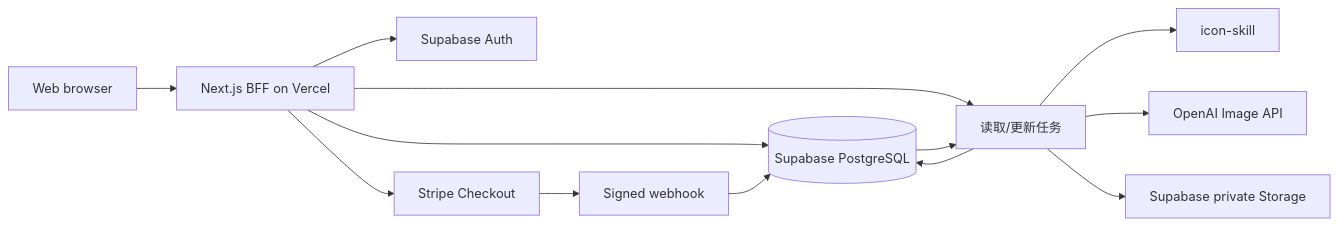
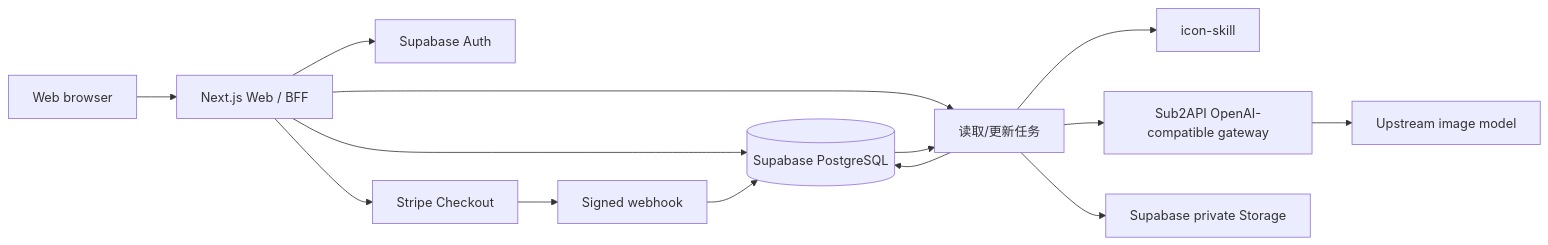
Before and after one commit to Caserla/icongen: the diagram in docs/architecture/backend.md, drawn with Mermaid. The commit also changed other lines of this file and 88 other files, not shown here.

````diff
--- a/docs/architecture/backend.md
+++ b/docs/architecture/backend.md
@@ -9,15 +9,16 @@
 ```mermaid
 flowchart LR
-  Browser[Web browser] --> BFF[Next.js BFF on Vercel]
+  Browser[Web browser] --> BFF[Next.js Web / BFF]
   BFF --> Auth[Supabase Auth]
   BFF --> DB[(Supabase PostgreSQL)]
   BFF --> Stripe[Stripe Checkout]
   Stripe --> Webhook[Signed webhook]
   Webhook --> DB
   BFF --> Worker[本地 Worker 启动器]
   DB --> Worker[读取/更新任务]
   Worker --> Skill[icon-skill]
-  Worker --> OpenAI[OpenAI Image API]
+  Worker --> Sub2API[Sub2API OpenAI-compatible gateway]
+  Sub2API --> Model[Upstream image model]
   Worker --> Storage[Supabase private Storage]
   Worker --> DB
 ```
````
